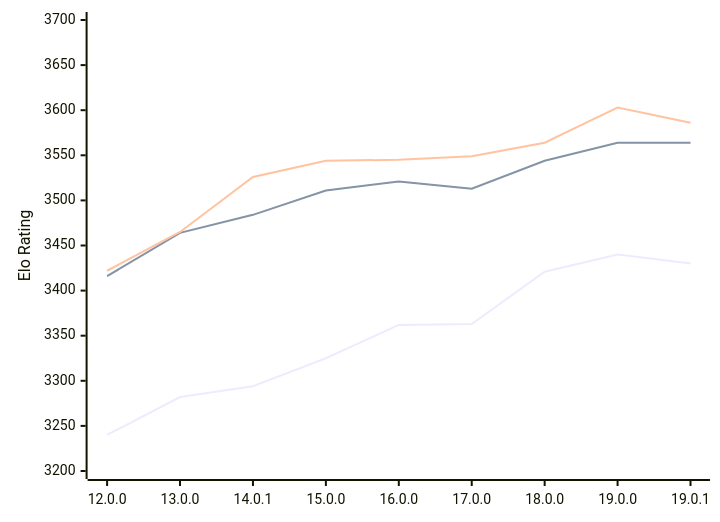
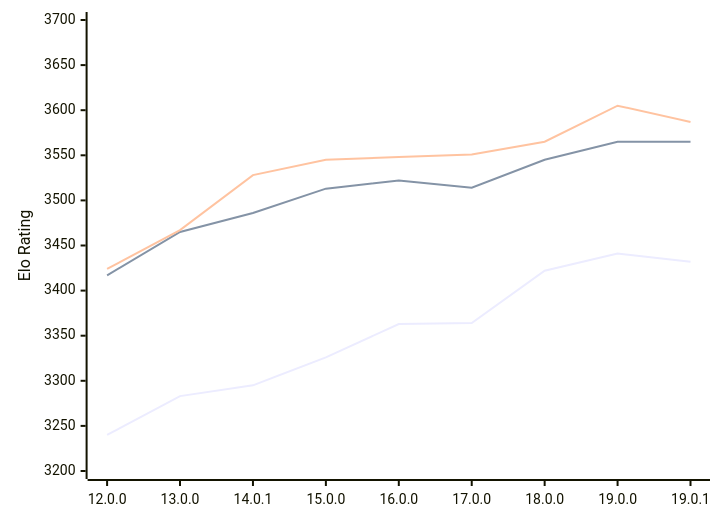
The diagram in engines/Viridithas.md (computer-chess-index/cci), drawn with Mermaid before and after one commit. The commit also changed other lines of this file, not shown here.

Commit message:
Update CCI Ratings (ELO VLTC) - 2026-02-13

````diff
--- a/engines/Viridithas.md
+++ b/engines/Viridithas.md
@@ -60,9 +60,9 @@
 ```mermaid
 %%{init: {"theme":"base","themeVariables":{"seriesColors:['#a3a3a3','#222221','#faa371']}}}%%
 xychart-beta
   x-axis ["12.0.0", "13.0.0", "14.0.1", "15.0.0", "16.0.0", "17.0.0", "18.0.0", "19.0.0", "19.0.1"]
   y-axis "Elo Rating" 3200 --> 3700
-  line "STC (8.0+0.08s)" [3240, 3282, 3294, 3325, 3362, 3363, 3421, 3440, 3430]
-  line "LTC (60.0+0.60s)" [3416, 3464, 3484, 3511, 3521, 3513, 3544, 3564, 3564]
-  line "VLTC (2m24s+1.12s)" [3422, 3465, 3526, 3544, 3545, 3549, 3564, 3603, 3586]
+  line "STC (8.0+0.08s)" [3240, 3283, 3295, 3326, 3363, 3364, 3422, 3441, 3432]
+  line "LTC (60.0+0.60s)" [3417, 3465, 3486, 3513, 3522, 3514, 3545, 3565, 3565]
+  line "VLTC (2m24s+1.12s)" [3424, 3467, 3528, 3545, 3548, 3551, 3565, 3605, 3587]
 ```
````
